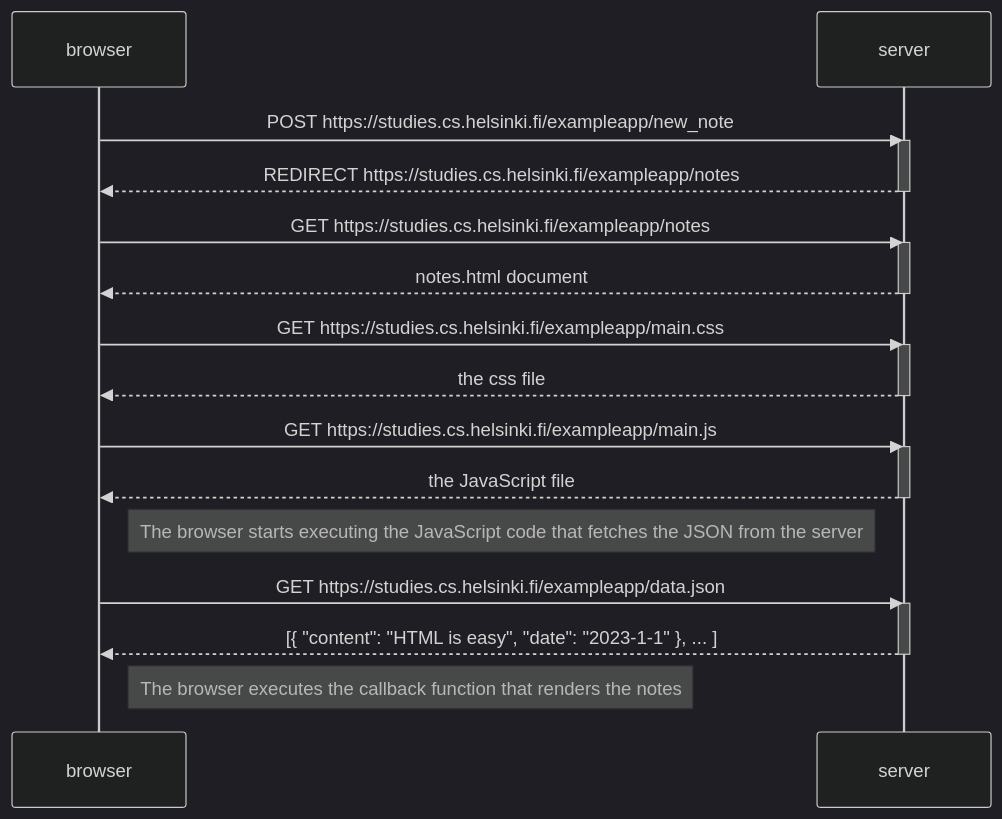
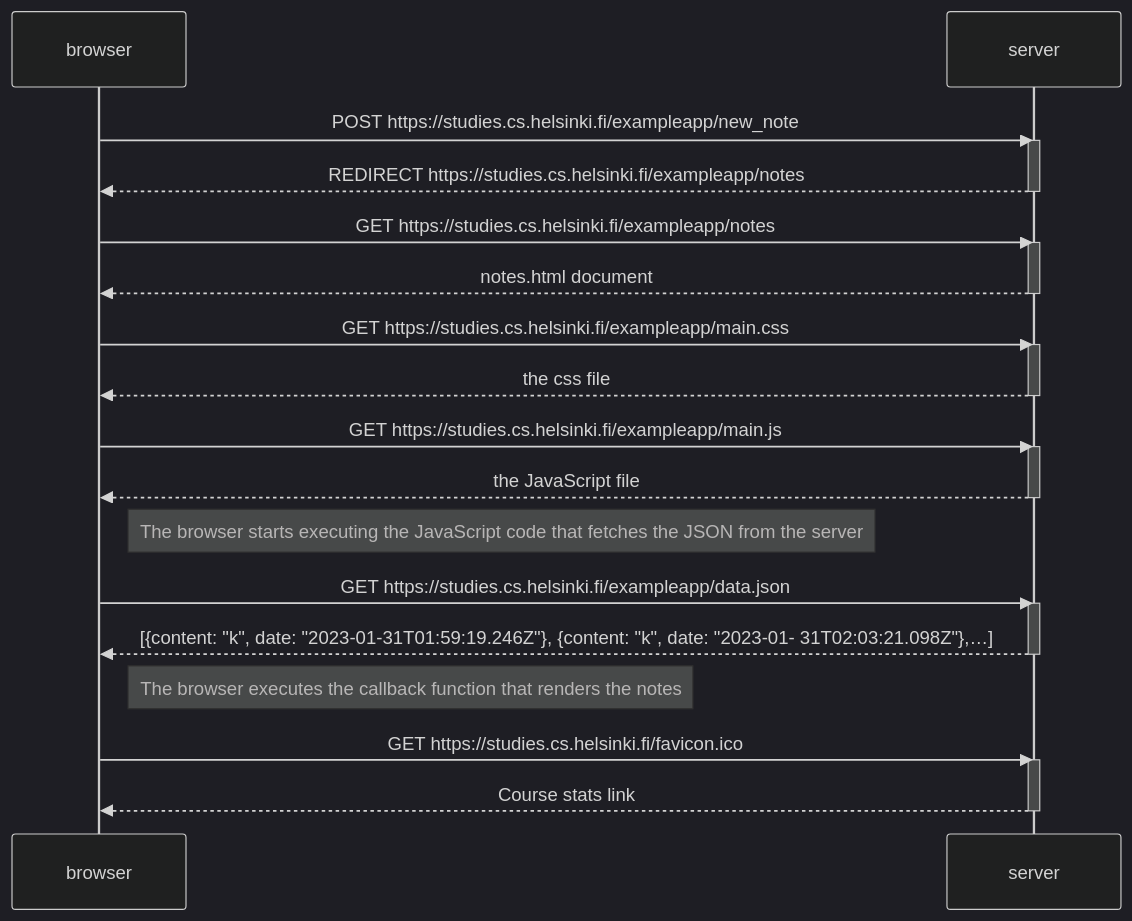
The diagram in part0/0.4.md (susannakinnunen/Full-Stack-Exercises), drawn with Mermaid (dark theme) before and after one commit.

````diff
--- a/part0/0.4.md
+++ b/part0/0.4.md
@@ -1,37 +1,43 @@
 ```mermaid
 
 sequenceDiagram 
 	participant browser
 	participant  server
 
 	browser->>server: POST https://studies.cs.helsinki.fi/exampleapp/new_note
 	activate server
    	server-->>browser: REDIRECT https://studies.cs.helsinki.fi/exampleapp/notes
 	deactivate server
 	
 	browser->>server: GET https://studies.cs.helsinki.fi/exampleapp/notes
 	activate server
    	server-->>browser: notes.html document
 	deactivate server
 	
 	browser->>server: GET https://studies.cs.helsinki.fi/exampleapp/main.css
     	activate server
     	server-->>browser: the css file
     	deactivate server
 	
     	browser->>server: GET https://studies.cs.helsinki.fi/exampleapp/main.js
     	activate server
     	server-->>browser: the JavaScript file
     	deactivate server
 
     	Note right of browser: The browser starts executing the JavaScript code that fetches the JSON from the 		server
 
     	browser->>server: GET https://studies.cs.helsinki.fi/exampleapp/data.json
     	activate server
-    	server-->>browser: [{ "content": "HTML is easy", "date": "2023-1-1" }, ... ]
+    	server-->>browser: [{content: "k", date: "2023-01-31T01:59:19.246Z"}, {content: "k", date: "2023-01-	31T02:03:21.098Z"},…]
     	deactivate server    
 
     	Note right of browser: The browser executes the callback function that renders the notes 
 
+	browser->>server: GET https://studies.cs.helsinki.fi/favicon.ico
+    	activate server
+    	server-->>browser: Course stats link
+    	deactivate server
+	
+	
 	
 ```
````
